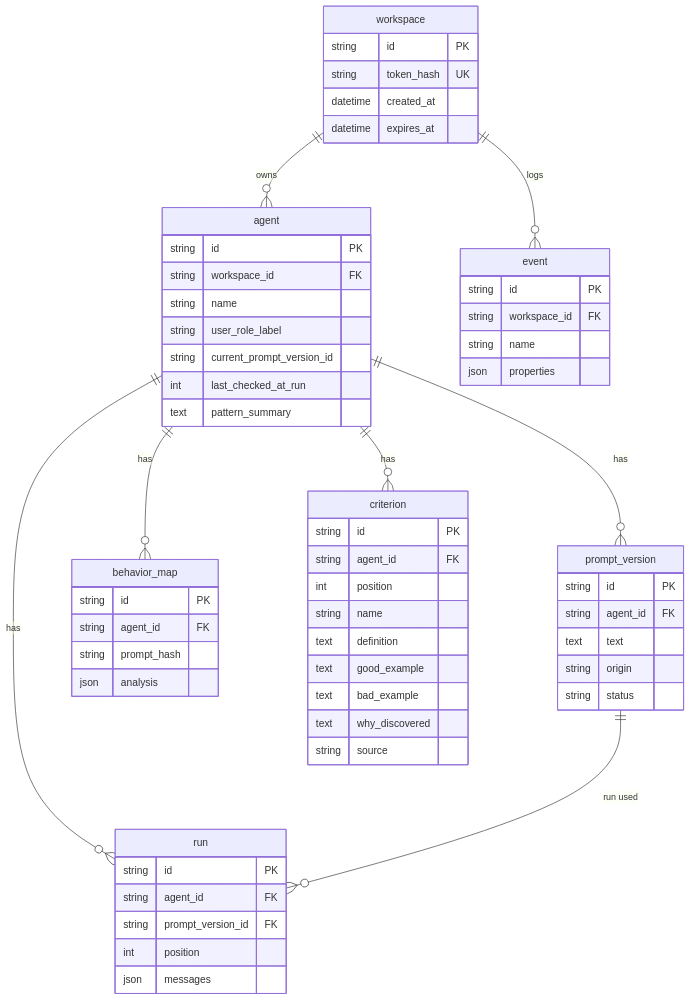
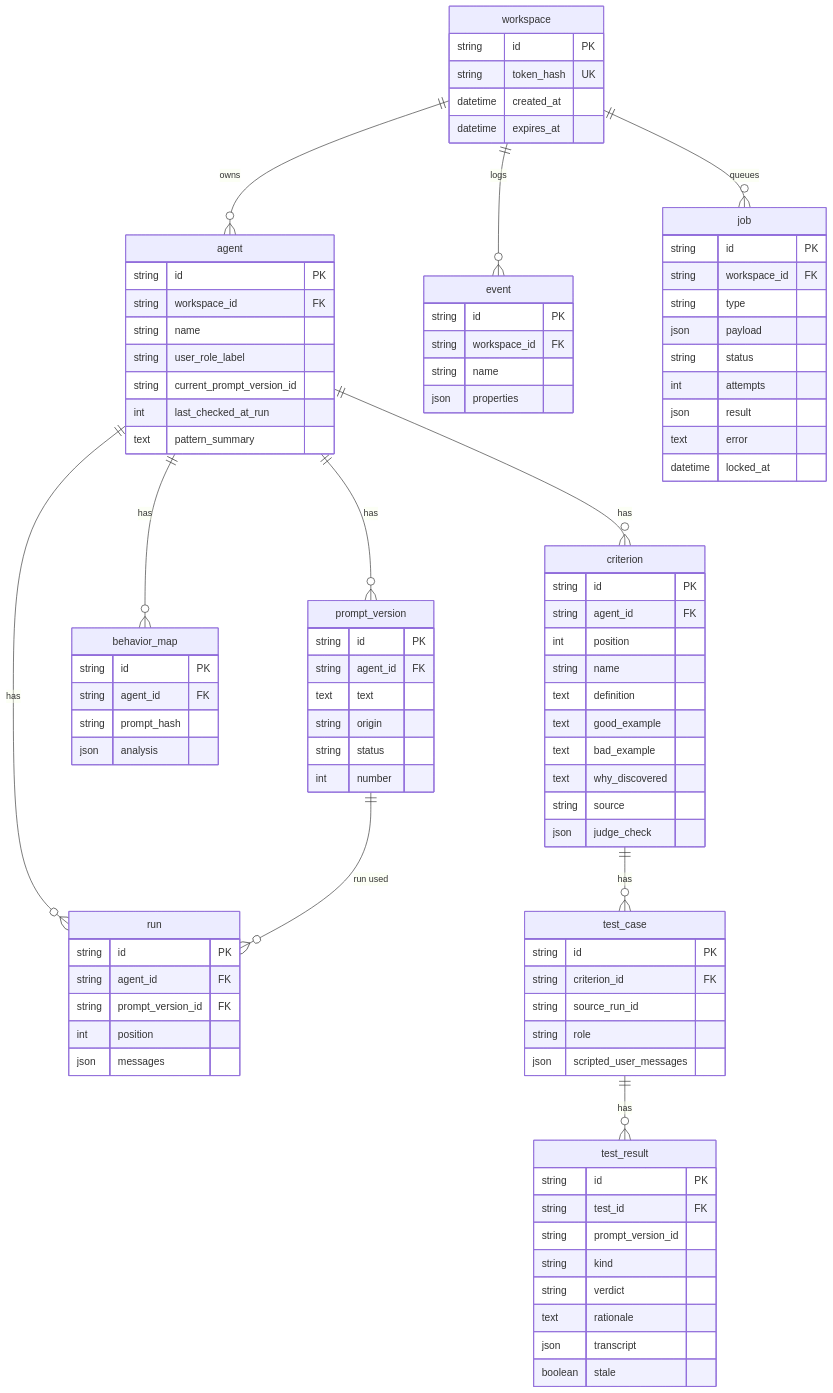
One commit to harikrshm/Eval-Discovery changed the fifth of 6 diagrams in docs/ARCHITECTURE.md. Above: the diagram before and after it, drawn with Mermaid. The commit also changed other lines of this file and 2 other files, not shown here.

````diff
--- a/docs/ARCHITECTURE.md
+++ b/docs/ARCHITECTURE.md
@@ -229,11 +314,14 @@
 erDiagram
     workspace ||--o{ agent : owns
     workspace ||--o{ event : logs
+    workspace ||--o{ job : queues
     agent ||--o{ prompt_version : has
     agent ||--o{ behavior_map : has
     agent ||--o{ run : has
     agent ||--o{ criterion : has
     prompt_version ||--o{ run : "run used"
+    criterion ||--o{ test_case : has
+    test_case ||--o{ test_result : has
 
     workspace {
         string id PK
@@ -256,6 +344,7 @@
         text text
         string origin
         string status
+        int number
     }
     behavior_map {
         string id PK
@@ -280,6 +369,7 @@
         text bad_example
         text why_discovered
         string source
+        json judge_check
     }
     event {
         string id PK
@@ -287,4 +377,32 @@
         string name
         json properties
     }
+    test_case {
+        string id PK
+        string criterion_id FK
+        string source_run_id
+        string role
+        json scripted_user_messages
+    }
+    test_result {
+        string id PK
+        string test_id FK
+        string prompt_version_id
+        string kind
+        string verdict
+        text rationale
+        json transcript
+        boolean stale
+    }
+    job {
+        string id PK
+        string workspace_id FK
+        string type
+        json payload
+        string status
+        int attempts
+        json result
+        text error
+        datetime locked_at
+    }
 ```
````
